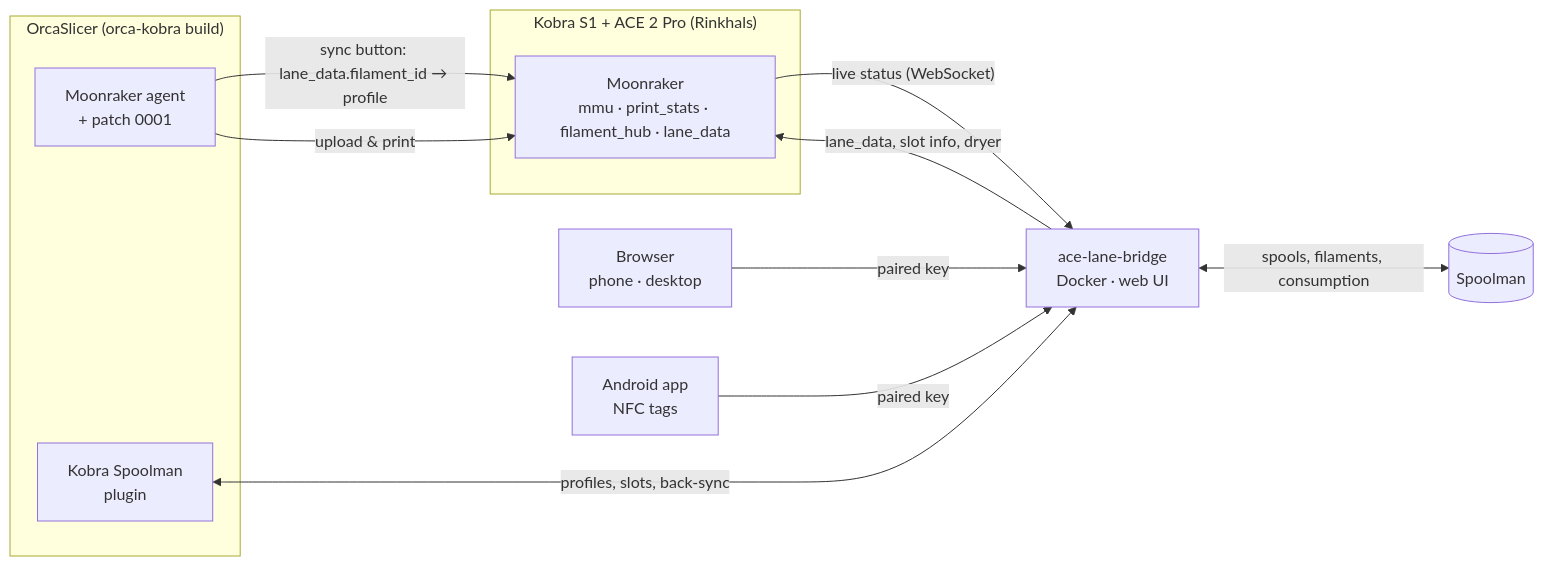
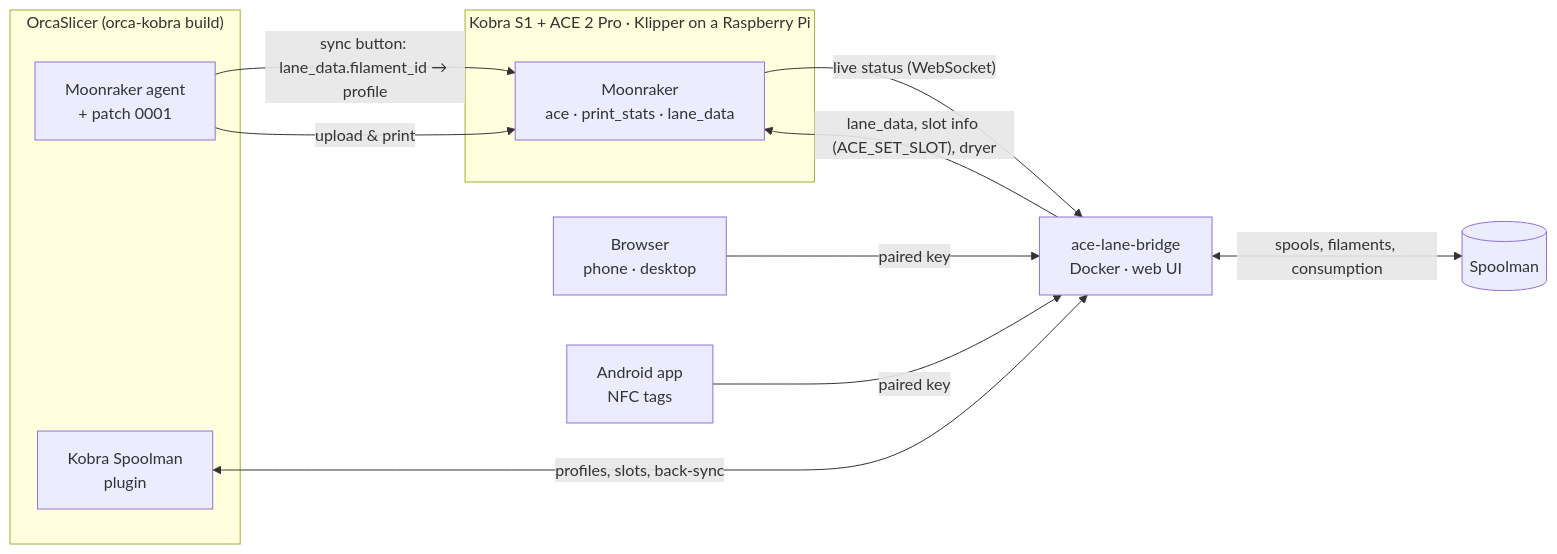
The diagram in README.md (xNoVoSx/kobra-spoolman), drawn with Mermaid before and after one commit. The commit also changed other lines of this file and 17 other files, not shown here.

````diff
--- a/README.md
+++ b/README.md
@@ -56,23 +56,23 @@
 ```mermaid
 flowchart LR
-    subgraph Printer["Kobra S1 + ACE 2 Pro (Rinkhals)"]
-        MR[Moonraker<br/>mmu · print_stats · filament_hub · lane_data]
+    subgraph Printer["Kobra S1 + ACE 2 Pro · Klipper on a Raspberry Pi"]
+        MR[Moonraker<br/>ace · print_stats · lane_data]
     end
     SM[(Spoolman)]
     BR[ace-lane-bridge<br/>Docker · web UI]
     subgraph PC["OrcaSlicer (orca-kobra build)"]
         AG[Moonraker agent<br/>+ patch 0001]
         PL[Kobra Spoolman<br/>plugin]
     end
     Web[Browser<br/>phone · desktop]
     App[Android app<br/>NFC tags]
 
     MR -- "live status (WebSocket)" --> BR
-    BR -- "lane_data, slot info, dryer" --> MR
+    BR -- "lane_data, slot info (ACE_SET_SLOT), dryer" --> MR
     BR <-->|"spools, filaments, consumption"| SM
     Web -- "paired key" --> BR
     App -- "paired key" --> BR
     PL <-->|"profiles, slots, back-sync"| BR
     AG -- "sync button: lane_data.filament_id → profile" --> MR
     AG -- "upload & print" --> MR
 ```
````
